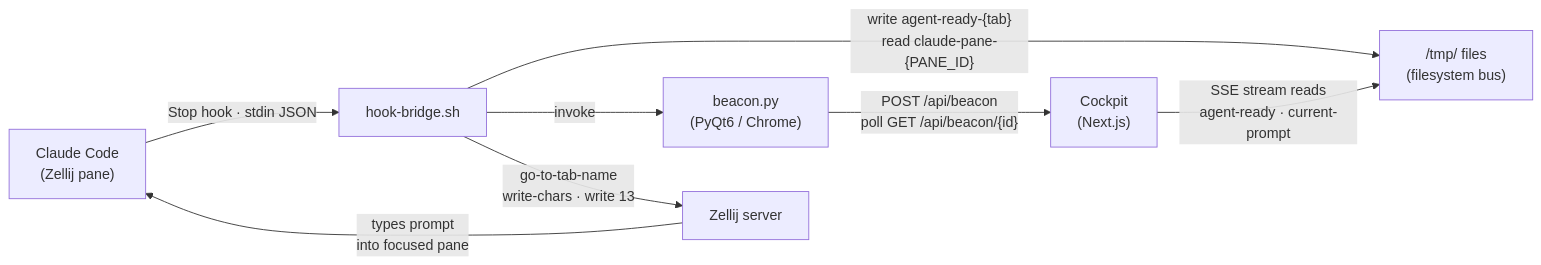
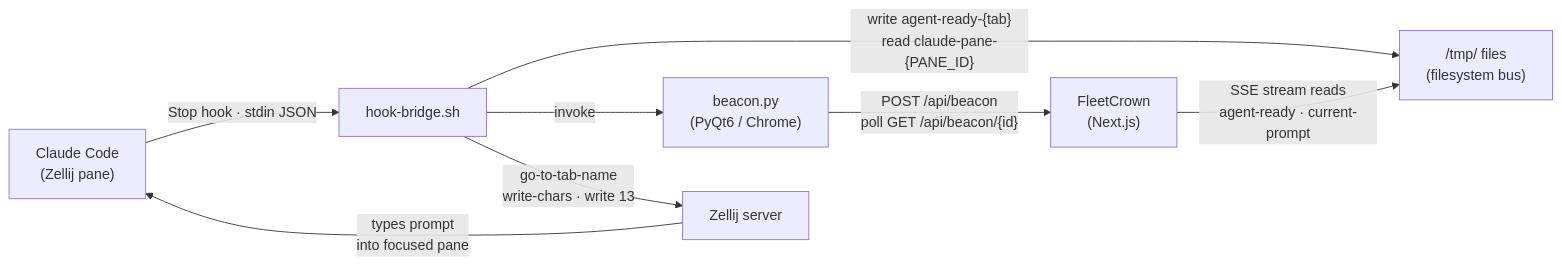
Before and after one commit to bitbaum/fleetcrown: the first of 2 diagrams in content/thoughts/the-anatomy-of-a-broken-injection-pipeline.md, drawn with Mermaid. The commit also changed other lines of this file and 37 other files, not shown here.

First line of the commit message:
docs(brand): finish Cockpit → FleetCrown rebrand sweep across docs/thoughts/legal/src

````diff
--- a/content/thoughts/the-anatomy-of-a-broken-injection-pipeline.md
+++ b/content/thoughts/the-anatomy-of-a-broken-injection-pipeline.md
@@ -47,17 +47,17 @@
 ```mermaid
 flowchart LR
     Claude["Claude Code\n(Zellij pane)"]
     Bridge["hook-bridge.sh"]
     FS["/tmp/ files\n(filesystem bus)"]
     Beacon["beacon.py\n(PyQt6 / Chrome)"]
-    Cockpit["Cockpit\n(Next.js)"]
+    FleetCrown["FleetCrown\n(Next.js)"]
     Zellij["Zellij server"]
 
     Claude -->|"Stop hook · stdin JSON"| Bridge
     Bridge -->|"write agent-ready-{tab}\nread claude-pane-{PANE_ID}"| FS
     Bridge -->|"invoke"| Beacon
-    Beacon -->|"POST /api/beacon\npoll GET /api/beacon/{id}"| Cockpit
-    Cockpit -->|"SSE stream reads\nagent-ready · current-prompt"| FS
+    Beacon -->|"POST /api/beacon\npoll GET /api/beacon/{id}"| FleetCrown
+    FleetCrown -->|"SSE stream reads\nagent-ready · current-prompt"| FS
     Bridge -->|"go-to-tab-name\nwrite-chars · write 13"| Zellij
     Zellij -->|"types prompt\ninto focused pane"| Claude
 ```
````
